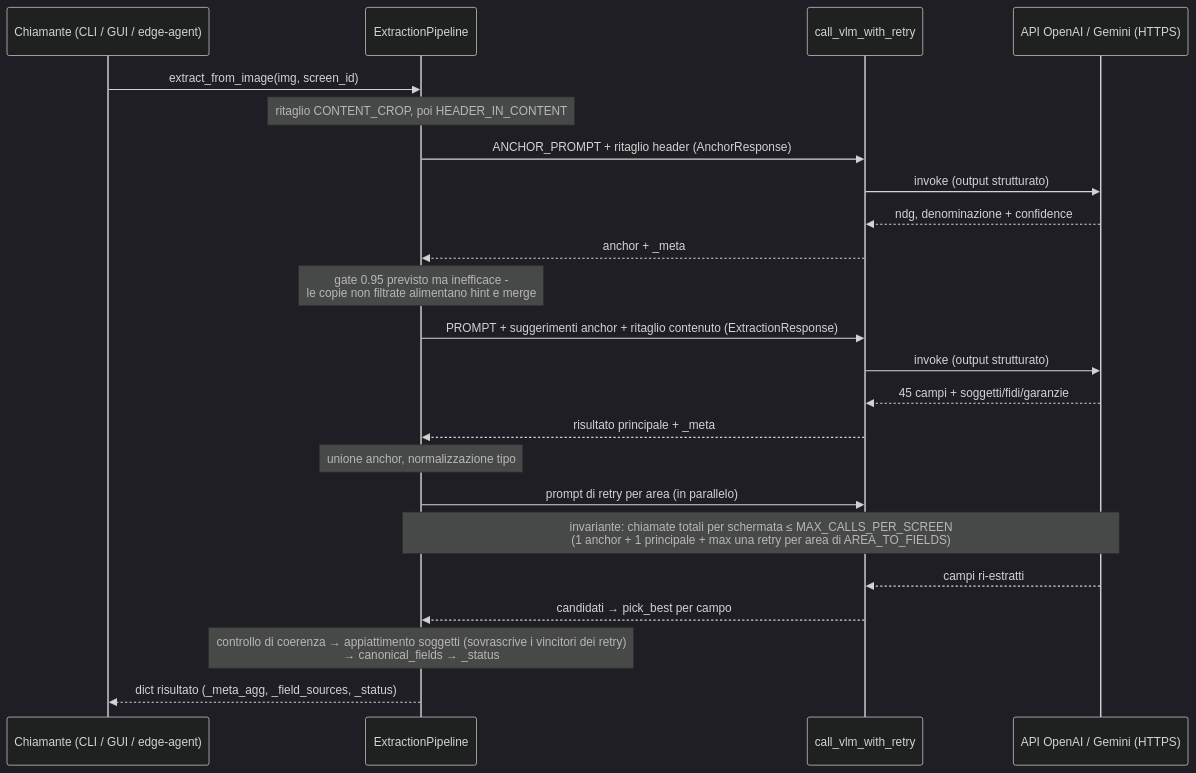
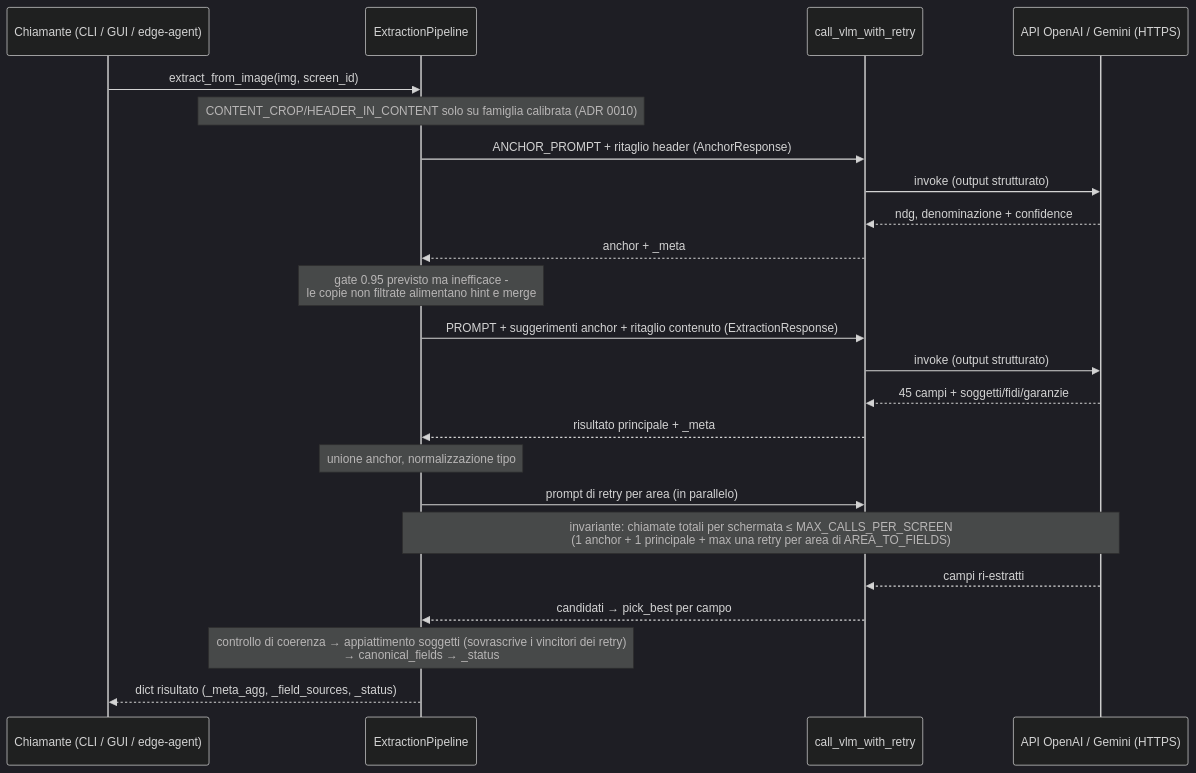
The second of 7 diagrams in docs/05-workflows.md (acaprino/MOL-BPER-OCR), drawn with Mermaid (dark theme) before and after one commit. The commit also changed other lines of this file and 17 other files, not shown here.

````diff
--- a/docs/05-workflows.md
+++ b/docs/05-workflows.md
@@ -59,26 +59,26 @@
 ```mermaid
 sequenceDiagram
     participant Caller as Chiamante (CLI / GUI / edge-agent)
     participant Pipe as ExtractionPipeline
     participant VLM as call_vlm_with_retry
     participant API as API OpenAI / Gemini (HTTPS)
 
     Caller->>Pipe: extract_from_image(img, screen_id)
-    Note over Pipe: ritaglio CONTENT_CROP, poi HEADER_IN_CONTENT
+    Note over Pipe: CONTENT_CROP/HEADER_IN_CONTENT solo su famiglia calibrata (ADR 0010)
     Pipe->>VLM: ANCHOR_PROMPT + ritaglio header (AnchorResponse)
     VLM->>API: invoke (output strutturato)
     API-->>VLM: ndg, denominazione + confidence
     VLM-->>Pipe: anchor + _meta
     Note over Pipe: gate 0.95 previsto ma inefficace -<br/>le copie non filtrate alimentano hint e merge
     Pipe->>VLM: PROMPT + suggerimenti anchor + ritaglio contenuto (ExtractionResponse)
     VLM->>API: invoke (output strutturato)
     API-->>VLM: 45 campi + soggetti/fidi/garanzie
     VLM-->>Pipe: risultato principale + _meta
     Note over Pipe: unione anchor, normalizzazione tipo
     Pipe->>VLM: prompt di retry per area (in parallelo)
     Note over Pipe,API: invariante: chiamate totali per schermata ≤ MAX_CALLS_PER_SCREEN<br/>(1 anchor + 1 principale + max una retry per area di AREA_TO_FIELDS)
     API-->>VLM: campi ri-estratti
     VLM-->>Pipe: candidati → pick_best per campo
     Note over Pipe: controllo di coerenza → appiattimento soggetti (sovrascrive i vincitori dei retry)<br/>→ canonical_fields → _status
     Pipe-->>Caller: dict risultato (_meta_agg, _field_sources, _status)
 ```
````
